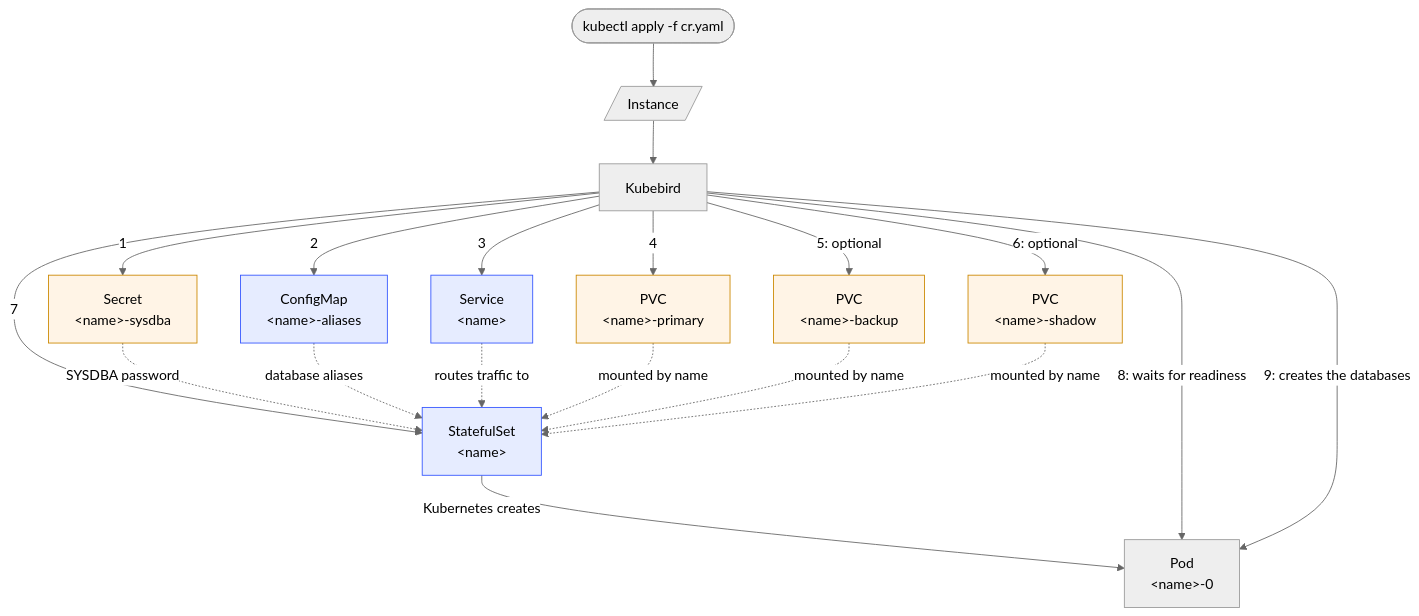
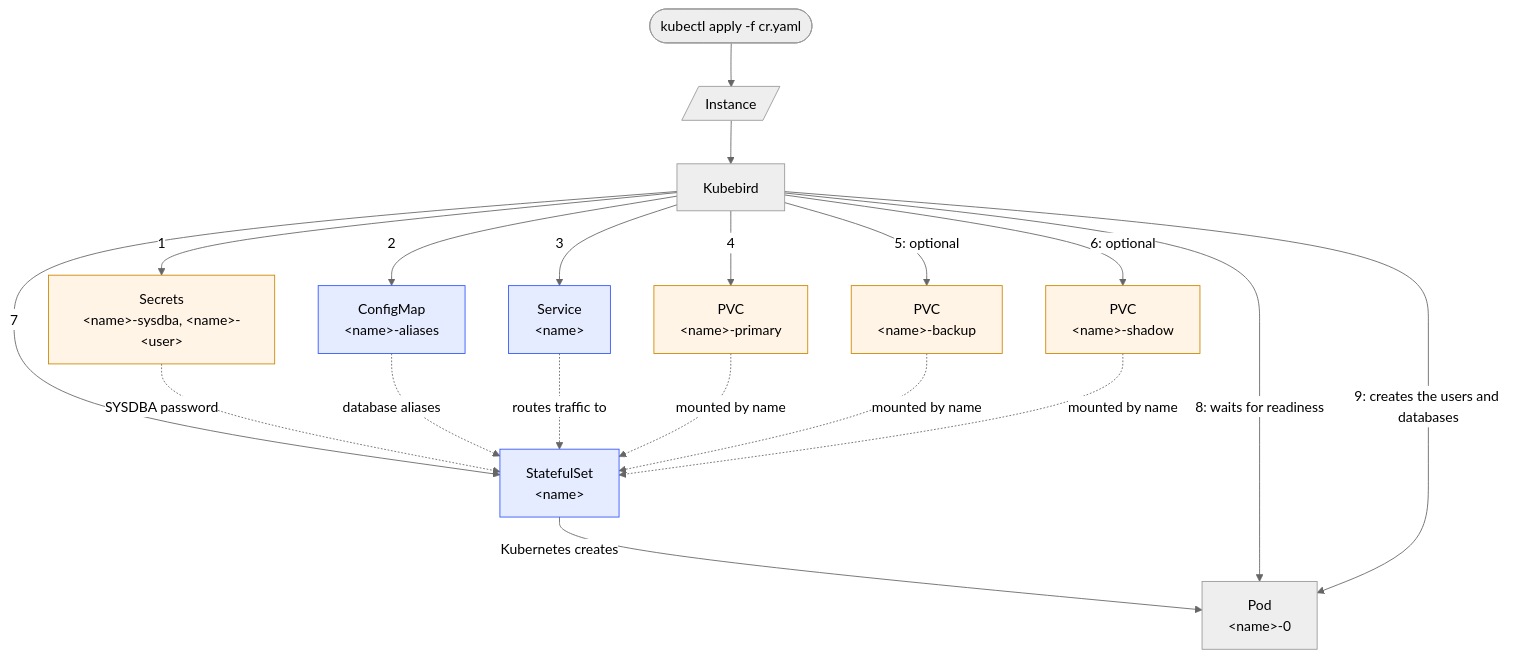
One commit to henryx/kubebird changed the diagram in README.md. Above: the diagram before and after it, drawn with Mermaid (neutral theme). The commit also changed other lines of this file and 16 other files, not shown here.

````diff
--- a/README.md
+++ b/README.md
@@ -205,30 +213,30 @@
 ```mermaid
 flowchart TD
     User(["kubectl apply -f cr.yaml"]) --> CR[/"Instance"/]
     CR --> Kubebird["Kubebird"]
 
-    Kubebird -->|"1"| Secret["Secret<br/>&lt;name&gt;-sysdba"]
+    Kubebird -->|"1"| Secret["Secrets<br/>&lt;name&gt;-sysdba, &lt;name&gt;-&lt;user&gt;"]
     Kubebird -->|"2"| CM["ConfigMap<br/>&lt;name&gt;-aliases"]
     Kubebird -->|"3"| Service["Service<br/>&lt;name&gt;"]
     Kubebird -->|"4"| PVCPrimary["PVC<br/>&lt;name&gt;-primary"]
     Kubebird -->|"5: optional"| PVCBackup["PVC<br/>&lt;name&gt;-backup"]
     Kubebird -->|"6: optional"| PVCShadow["PVC<br/>&lt;name&gt;-shadow"]
     Kubebird -->|"7"| STS["StatefulSet<br/>&lt;name&gt;"]
 
     Secret -.->|SYSDBA password| STS
     CM -.->|database aliases| STS
     Service -.->|routes traffic to| STS
     PVCPrimary -.->|mounted by name| STS
     PVCBackup -.->|mounted by name| STS
     PVCShadow -.->|mounted by name| STS
 
     STS -->|Kubernetes creates| Pod["Pod<br/>&lt;name&gt;-0"]
 
     Kubebird -->|"8: waits for readiness"| Pod
-    Kubebird -->|"9: creates the databases"| Pod
+    Kubebird -->|"9: creates the users and databases"| Pod
 
     classDef owned fill:#e6ecff,stroke:#3355ff,color:#000
     class CM,Service,STS owned
     classDef unowned fill:#fff4e6,stroke:#cc8800,color:#000
     class Secret,PVCPrimary,PVCBackup,PVCShadow unowned
 ```
````
